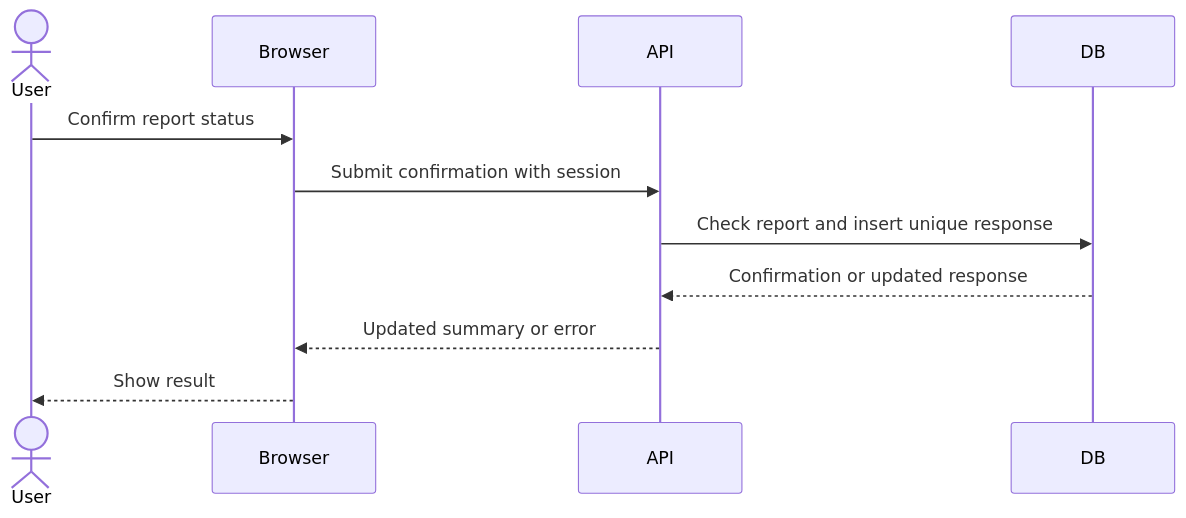
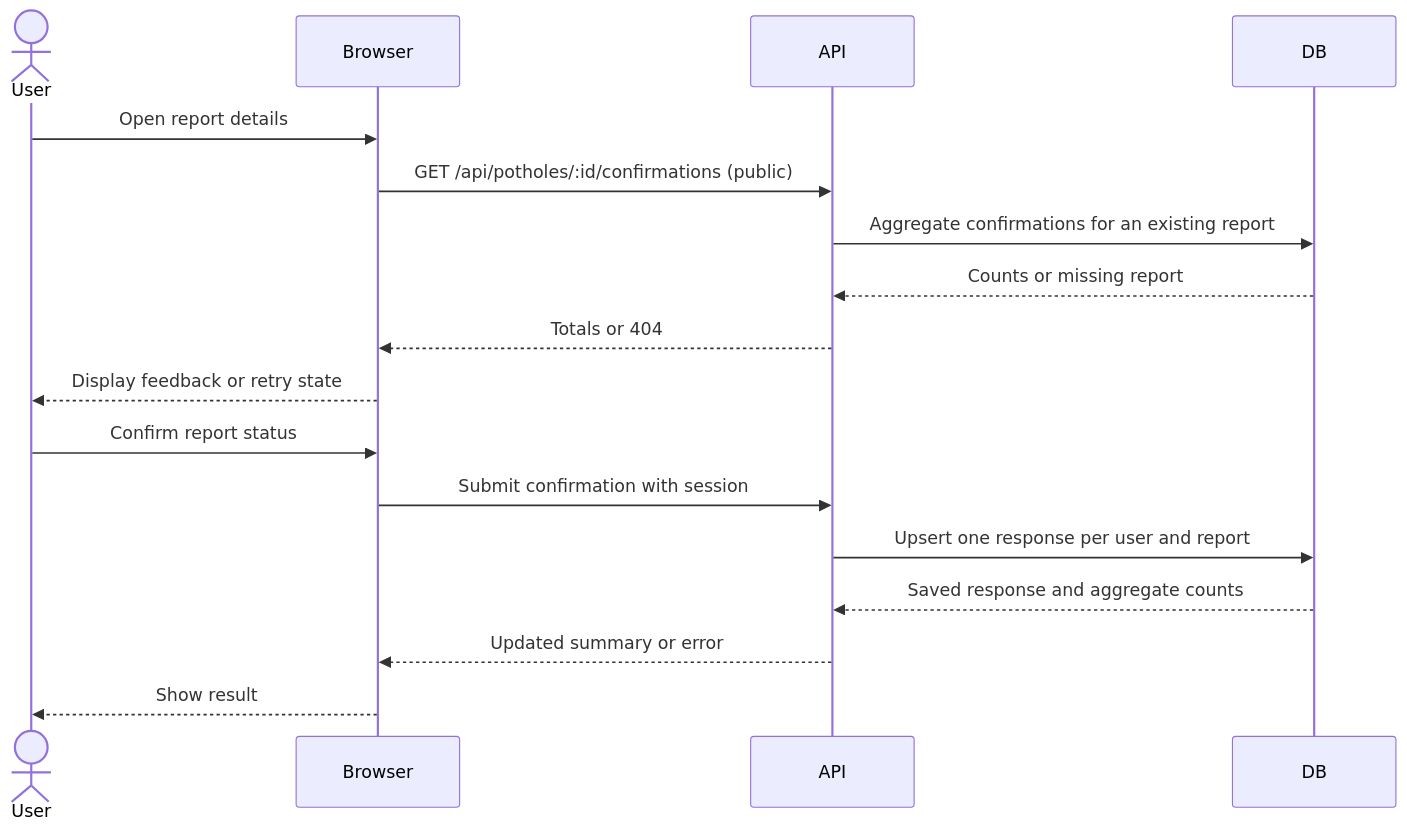
One commit to QuangMinhNguyen27405/CEN4090L-open-pothole-tracker changed the eighth of 9 diagrams in RD_REPORT.md. Above: the diagram before and after it, drawn with Mermaid. The commit also changed other lines of this file and 15 other files, not shown here.

````diff
--- a/RD_REPORT.md
+++ b/RD_REPORT.md
@@ -183,13 +334,19 @@
 ```mermaid
 sequenceDiagram
   actor User
   participant Browser
   participant API
   participant DB
+  User->>Browser: Open report details
+  Browser->>API: GET /api/potholes/:id/confirmations (public)
+  API->>DB: Aggregate confirmations for an existing report
+  DB-->>API: Counts or missing report
+  API-->>Browser: Totals or 404
+  Browser-->>User: Display feedback or retry state
   User->>Browser: Confirm report status
   Browser->>API: Submit confirmation with session
-  API->>DB: Check report and insert unique response
-  DB-->>API: Confirmation or updated response
+  API->>DB: Upsert one response per user and report
+  DB-->>API: Saved response and aggregate counts
   API-->>Browser: Updated summary or error
   Browser-->>User: Show result
 ```
````
